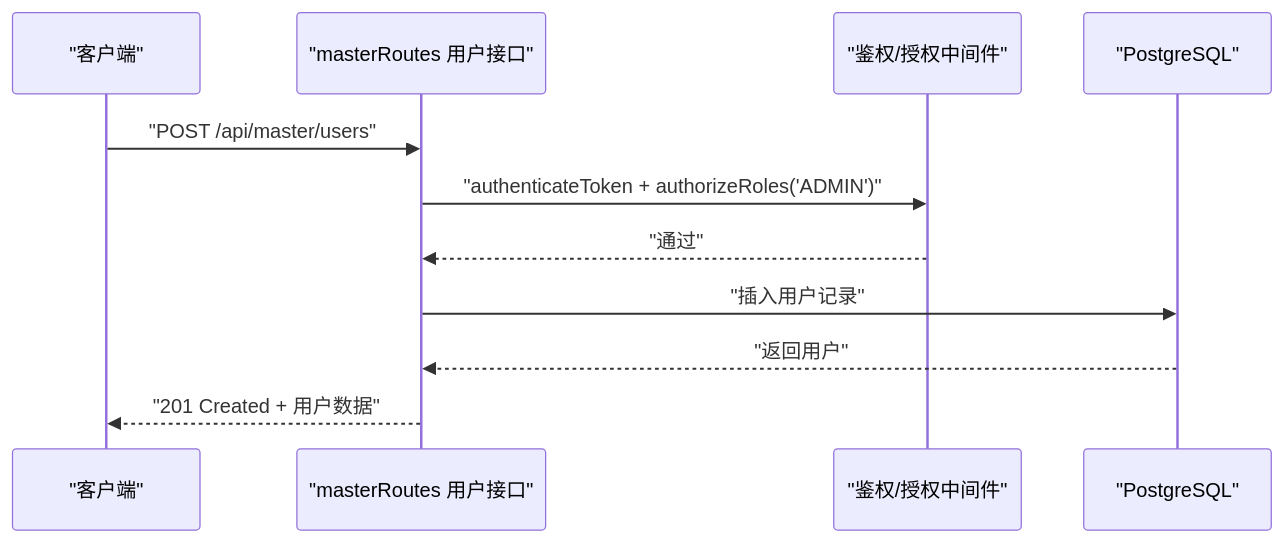
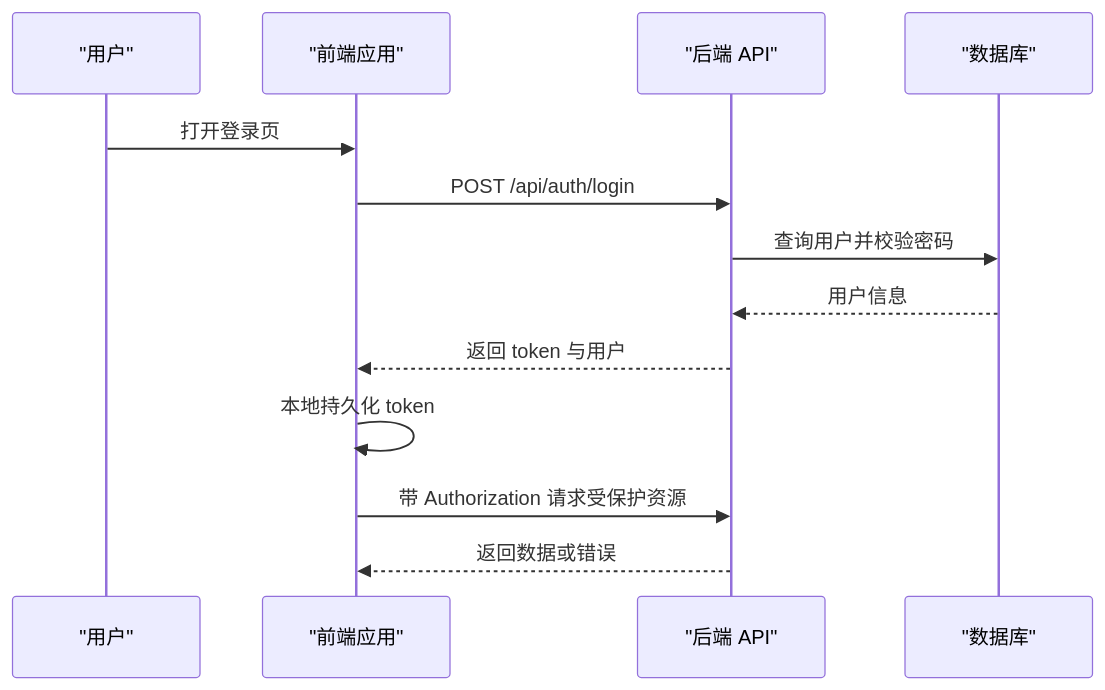
One commit to Juny09/inventory_system changed the third of 8 diagrams in .qoder/repowiki/zh/content/项目概述.md. Above: the diagram before and after it, drawn with Mermaid. The commit also changed other lines of this file and 171 other files, not shown here.

````diff
--- a/.qoder/repowiki/zh/content/项目概述.md
+++ b/.qoder/repowiki/zh/content/项目概述.md
@@ -133,13 +152,15 @@
 ```mermaid
 sequenceDiagram
-participant C as "客户端"
-participant R as "masterRoutes 用户接口"
-participant A as "鉴权/授权中间件"
-participant DB as "PostgreSQL"
-C->>R : "POST /api/master/users"
-R->>A : "authenticateToken + authorizeRoles('ADMIN')"
-A-->>R : "通过"
-R->>DB : "插入用户记录"
-DB-->>R : "返回用户"
-R-->>C : "201 Created + 用户数据"
+participant U as "用户"
+participant FE as "前端应用"
+participant API as "后端 API"
+participant DB as "数据库"
+U->>FE : 打开登录页
+FE->>API : POST /api/auth/login
+API->>DB : 查询用户并校验密码
+DB-->>API : 用户信息
+API-->>FE : 返回 token 与用户
+FE->>FE : 本地持久化 token
+FE->>API : 带 Authorization 请求受保护资源
+API-->>FE : 返回数据或错误
 ```
````
